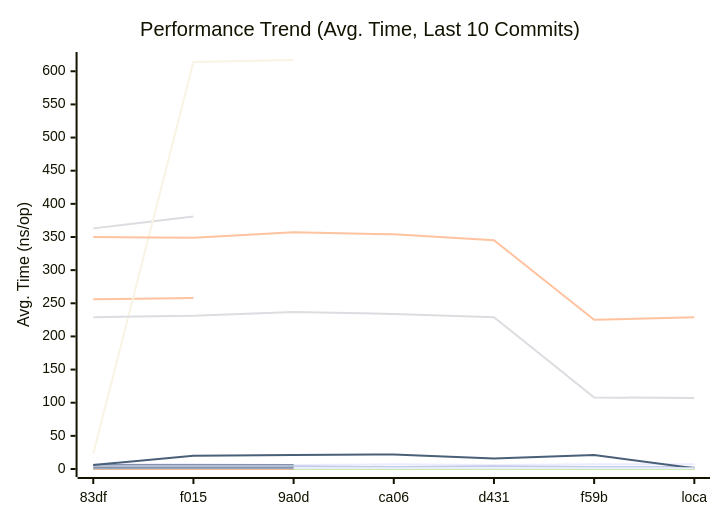
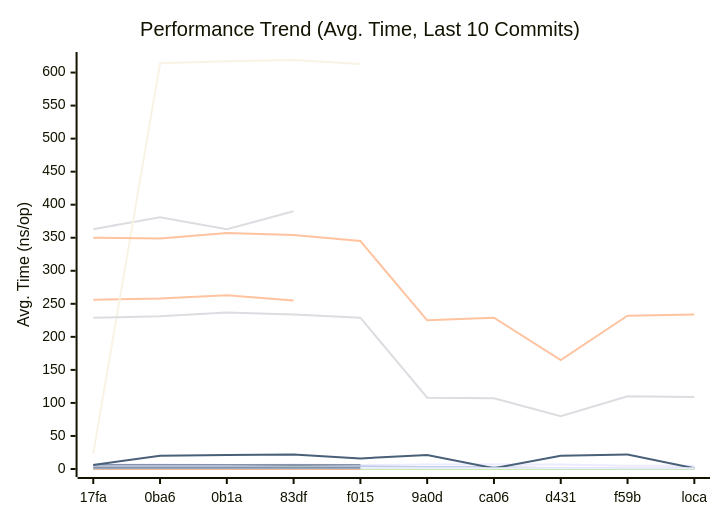
Before and after one commit to alsotoes/momo: the first of 3 diagrams in docs/PERFORMANCE.md, drawn with Mermaid. The commit also changed other lines of this file and 2 other files, not shown here.

````diff
--- a/docs/PERFORMANCE.md
+++ b/docs/PERFORMANCE.md
@@ -78,21 +78,21 @@
 ```mermaid
 xychart-beta
     title "Performance Trend (Avg. Time, Last 10 Commits)"
     x-axis "Commit"
     y-axis "Avg. Time (ns/op)"
-    x-axis [83df,f015,9a0d,ca06,d431,f59b,loca]
+    x-axis [17fa,0ba6,0b1a,83df,f015,9a0d,ca06,d431,f59b,loca]
     line "CheckMetricsAndSwap" [7,7,6,7,6,7,7,7,5,5]
-    line "CheckMetricsAndSwap" [6,6,6]
-    line "CrushOptimized" [256,258]
-    line "CrushOriginal" [363,381]
+    line "CheckMetricsAndSwap" [6,6,6,6,6]
+    line "CrushOptimized" [256,258,263,255]
+    line "CrushOriginal" [363,381,363,390]
     line "IndexDirectTracking" [0,0,0,0,0,0,0,0,0,0]
-    line "IndexDirectTracking" [0,0,0]
+    line "IndexDirectTracking" [0,0,0,0,0]
     line "IndexSearch" [4,4,4,3,4,3,3,1,1,1]
-    line "IndexSearch" [1,1,1]
+    line "IndexSearch" [1,1,1,1,1]
     line "LoadGlobalConfig" [6,20,21,22,16,21,1,20,22,1]
-    line "LoadGlobalConfig" [23,614,617]
+    line "LoadGlobalConfig" [23,614,617,619,613]
     line "PadString" [1,1,1,1,1,1,1,1,1,1]
-    line "PadString" [2,2,2]
+    line "PadString" [2,2,2,2,2]
     line "ParseReplicationOrder_NoPrealloc" [350,349,357,354,345,225,229,165,232,234]
     line "ParseReplicationOrder_Prealloc" [229,231,237,234,229,108,107,80,110,109]
 ```
````
